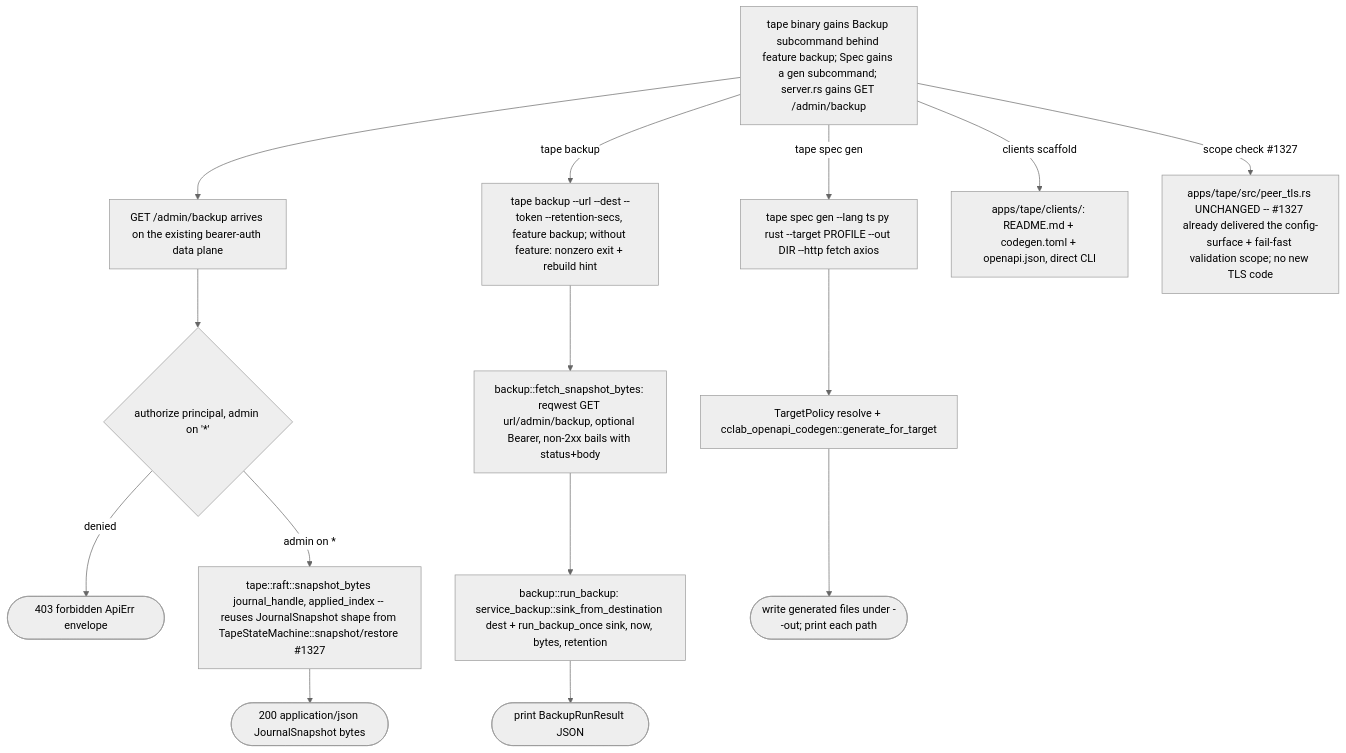
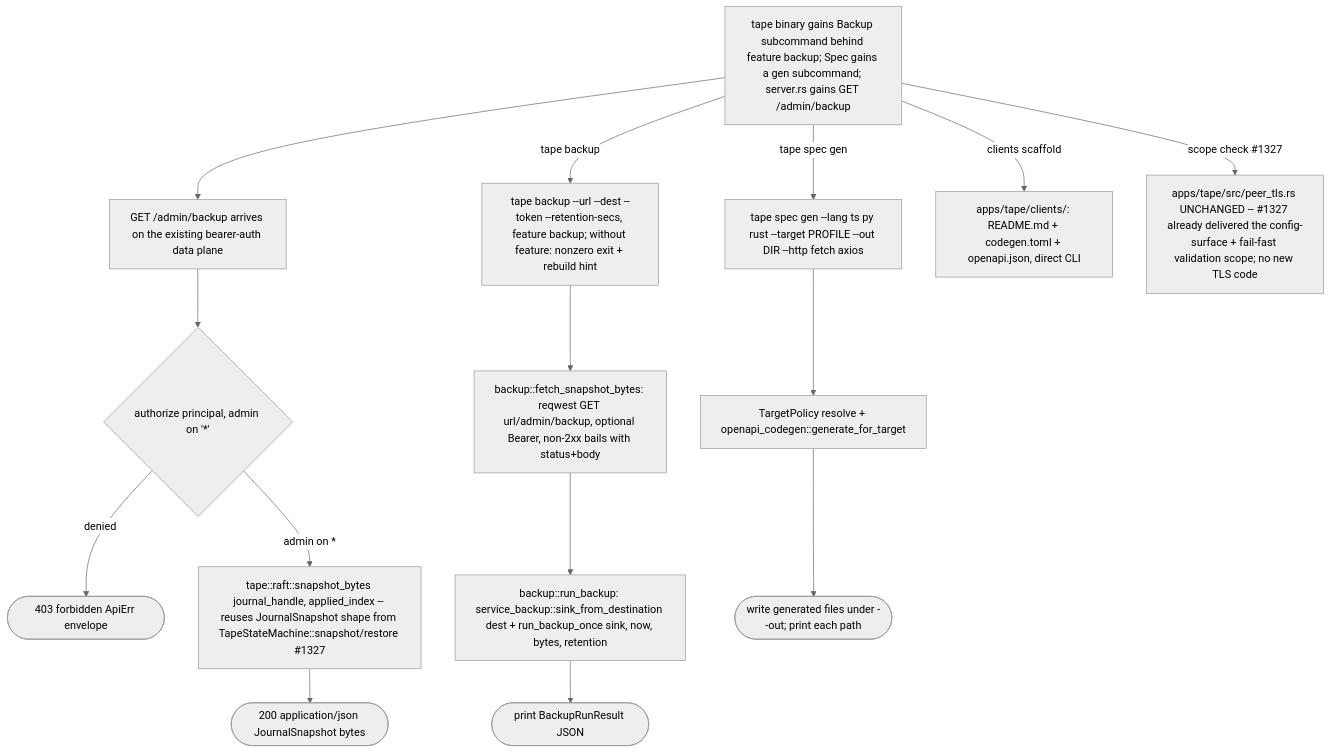
The first of 2 diagrams in apps/tape/tech-design/logic/tape-backup-service-tls-spec-gen-clients.md (chrischeng-c4/axiom), drawn with Mermaid (neutral theme) before and after one commit. The commit also changed other lines of this file and 74 other files, not shown here.

First line of the commit message:
feat(openapi-codegen): adopt independent package identity

````diff
--- a/apps/tape/tech-design/logic/tape-backup-service-tls-spec-gen-clients.md
+++ b/apps/tape/tech-design/logic/tape-backup-service-tls-spec-gen-clients.md
@@ -33,82 +33,82 @@
 ```mermaid
 ---
 id: tape-backup-service-tls-spec-gen-clients-flow
 entry: route
 nodes:
   route:
     kind: start
     label: "tape binary gains Backup subcommand behind feature backup; Spec gains a gen subcommand; server.rs gains GET /admin/backup"
   admin_req:
     kind: process
     label: "GET /admin/backup arrives on the existing bearer-auth data plane"
   admin_auth:
     kind: decision
     label: "authorize principal, admin on '*'"
   admin_deny:
     kind: terminal
     label: "403 forbidden ApiErr envelope"
   admin_snap:
     kind: process
     label: "tape::raft::snapshot_bytes(journal_handle, applied_index) -- reuses JournalSnapshot shape from TapeStateMachine::snapshot/restore (#1327)"
   admin_ok:
     kind: terminal
     label: "200 application/json JournalSnapshot bytes"
   cli_backup:
     kind: process
     label: "tape backup --url --dest --token --retention-secs, feature backup; without feature: nonzero exit + rebuild hint"
   backup_fetch:
     kind: process
     label: "backup::fetch_snapshot_bytes: reqwest GET {url}/admin/backup, optional Bearer, non-2xx bails with status+body"
   backup_ship:
     kind: process
     label: "backup::run_backup: service_backup::sink_from_destination(dest) + run_backup_once(sink, now, bytes, retention)"
   backup_done:
     kind: terminal
     label: "print BackupRunResult JSON"
   cli_spec_gen:
     kind: process
     label: "tape spec gen --lang ts|py|rust [--target PROFILE] --out DIR --http fetch|axios"
   spec_gen_call:
     kind: process
-    label: "TargetPolicy::resolve + cclab_openapi_codegen::generate_for_target(tape::spec::openapi_json(), opts, target)"
+    label: "TargetPolicy::resolve + openapi_codegen::generate_for_target(tape::spec::openapi_json(), opts, target)"
   spec_gen_done:
     kind: terminal
     label: "write generated files under --out; print each path"
   clients_dir:
     kind: terminal
     label: "apps/tape/clients/: README.md + codegen.toml + openapi.json, driven directly by tape CLI"
   peer_tls_note:
     kind: terminal
     label: "apps/tape/src/peer_tls.rs UNCHANGED -- #1327 already delivered the config-surface + fail-fast validation scope; no new TLS code lands here"
 edges:
   - { from: route, to: admin_req }
   - { from: admin_req, to: admin_auth }
   - { from: admin_auth, to: admin_deny, label: "denied" }
   - { from: admin_auth, to: admin_snap, label: "admin on *" }
   - { from: admin_snap, to: admin_ok }
   - { from: route, to: cli_backup, label: "tape backup" }
   - { from: cli_backup, to: backup_fetch }
   - { from: backup_fetch, to: backup_ship }
   - { from: backup_ship, to: backup_done }
   - { from: route, to: cli_spec_gen, label: "tape spec gen" }
   - { from: cli_spec_gen, to: spec_gen_call }
   - { from: spec_gen_call, to: spec_gen_done }
   - { from: route, to: clients_dir, label: "clients scaffold" }
   - { from: route, to: peer_tls_note, label: "scope check #1327" }
 ---
 flowchart TD
     route[tape binary gains Backup subcommand behind feature backup; Spec gains a gen subcommand; server.rs gains GET /admin/backup] --> admin_req[GET /admin/backup arrives on the existing bearer-auth data plane]
     admin_req --> admin_auth{authorize principal, admin on '*'}
     admin_auth -->|denied| admin_deny([403 forbidden ApiErr envelope])
     admin_auth -->|admin on *| admin_snap[tape::raft::snapshot_bytes journal_handle, applied_index -- reuses JournalSnapshot shape from TapeStateMachine::snapshot/restore #1327]
     admin_snap --> admin_ok([200 application/json JournalSnapshot bytes])
     route -->|tape backup| cli_backup[tape backup --url --dest --token --retention-secs, feature backup; without feature: nonzero exit + rebuild hint]
     cli_backup --> backup_fetch[backup::fetch_snapshot_bytes: reqwest GET url/admin/backup, optional Bearer, non-2xx bails with status+body]
     backup_fetch --> backup_ship[backup::run_backup: service_backup::sink_from_destination dest + run_backup_once sink, now, bytes, retention]
     backup_ship --> backup_done([print BackupRunResult JSON])
     route -->|tape spec gen| cli_spec_gen[tape spec gen --lang ts py rust --target PROFILE --out DIR --http fetch axios]
-    cli_spec_gen --> spec_gen_call[TargetPolicy resolve + cclab_openapi_codegen::generate_for_target]
+    cli_spec_gen --> spec_gen_call[TargetPolicy resolve + openapi_codegen::generate_for_target]
     spec_gen_call --> spec_gen_done([write generated files under --out; print each path])
     route -->|clients scaffold| clients_dir[apps/tape/clients/: README.md + codegen.toml + openapi.json, direct CLI]
     route -->|scope check #1327| peer_tls_note[apps/tape/src/peer_tls.rs UNCHANGED -- #1327 already delivered the config-surface + fail-fast validation scope; no new TLS code]
 ```
````
